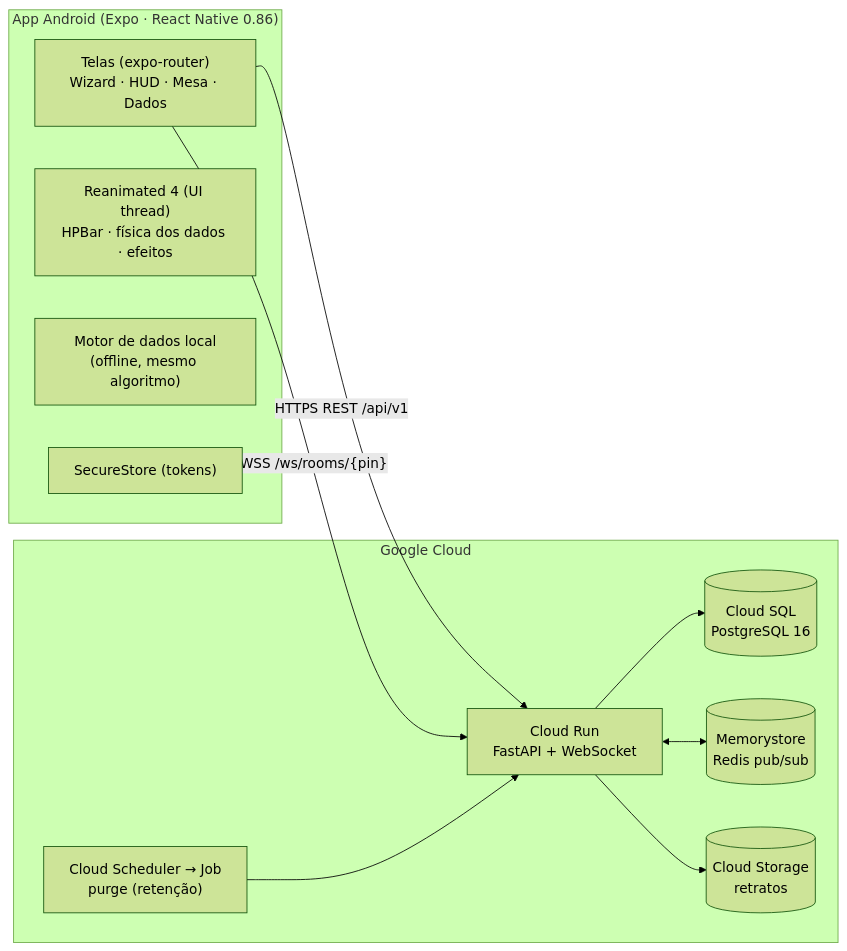
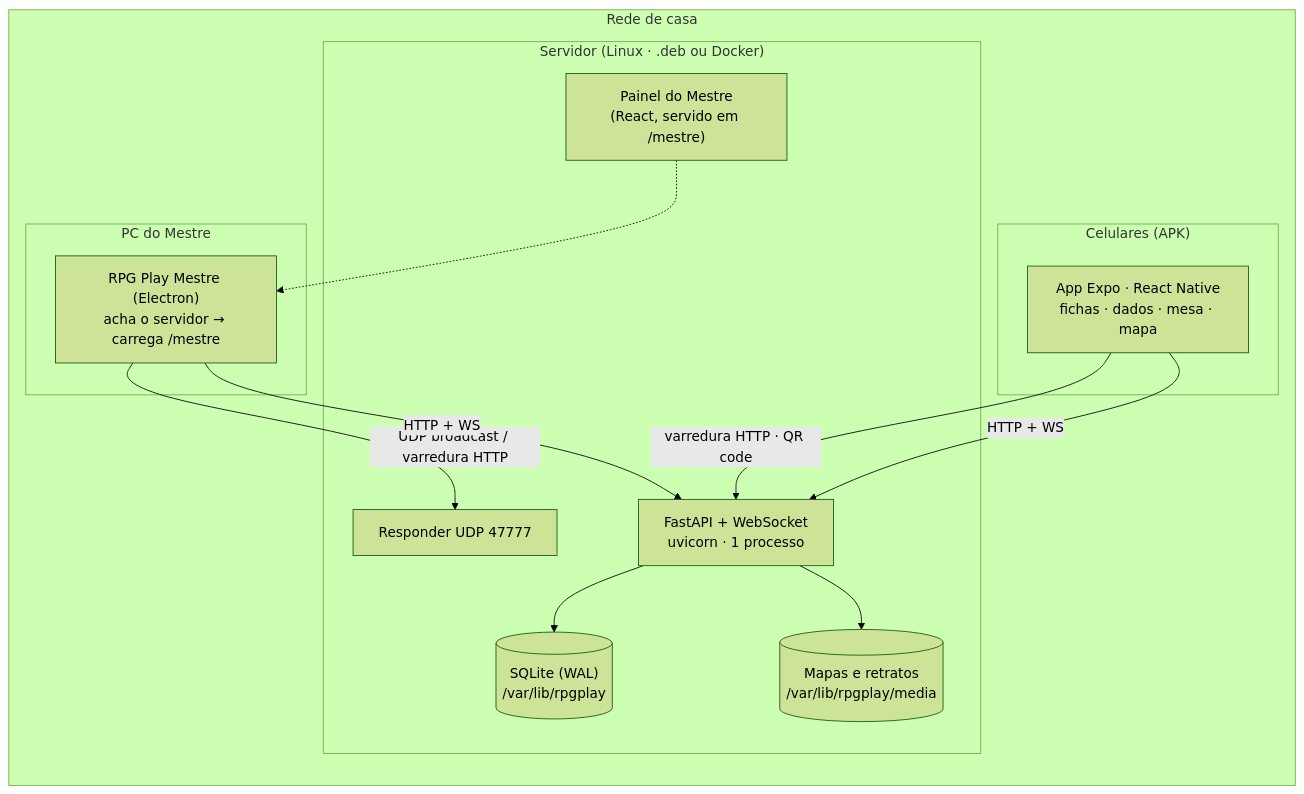
Before and after one commit to PedroASenna/Ficha-de-Personagem-de-RPG: the first of 4 diagrams in docs/ARCHITECTURE.md, drawn with Mermaid (forest theme). The commit also changed other lines of this file and 9 other files, not shown here.

````diff
--- a/docs/ARCHITECTURE.md
+++ b/docs/ARCHITECTURE.md
@@ -5,22 +5,25 @@
 ```mermaid
 flowchart LR
-  subgraph Android["App Android (Expo · React Native 0.86)"]
-    UI["Telas (expo-router)<br/>Wizard · HUD · Mesa · Dados"]
-    Anim["Reanimated 4 (UI thread)<br/>HPBar · física dos dados · efeitos"]
-    Local["Motor de dados local<br/>(offline, mesmo algoritmo)"]
-    Store["SecureStore (tokens)"]
+  subgraph Casa["Rede de casa"]
+    subgraph Srv["Servidor (Linux · .deb ou Docker)"]
+      API["FastAPI + WebSocket<br/>uvicorn · 1 processo"]
+      DB[("SQLite (WAL)<br/>/var/lib/rpgplay")]
+      Media[("Mapas e retratos<br/>/var/lib/rpgplay/media")]
+      UDP["Responder UDP 47777"]
+      Panel["Painel do Mestre<br/>(React, servido em /mestre)"]
+    end
+    subgraph PC["PC do Mestre"]
+      Electron["RPG Play Mestre (Electron)<br/>acha o servidor → carrega /mestre"]
+    end
+    subgraph Cel["Celulares (APK)"]
+      App["App Expo · React Native<br/>fichas · dados · mesa · mapa"]
+    end
   end
-  subgraph GCP["Google Cloud"]
-    Run["Cloud Run<br/>FastAPI + WebSocket"]
-    SQL[("Cloud SQL<br/>PostgreSQL 16")]
-    Redis[("Memorystore<br/>Redis pub/sub")]
-    GCS[("Cloud Storage<br/>retratos")]
-    Sched["Cloud Scheduler → Job<br/>purge (retenção)"]
-  end
-  UI -- "HTTPS REST /api/v1" --> Run
-  UI -- "WSS /ws/rooms/{pin}" --> Run
-  Run --> SQL
-  Run <--> Redis
-  Run --> GCS
-  Sched --> Run
+  Electron -- "UDP broadcast / varredura HTTP" --> UDP
+  Electron -- "HTTP + WS" --> API
+  App -- "varredura HTTP · QR code" --> API
+  App -- "HTTP + WS" --> API
+  API --> DB
+  API --> Media
+  Panel -.-> Electron
 ```
````
